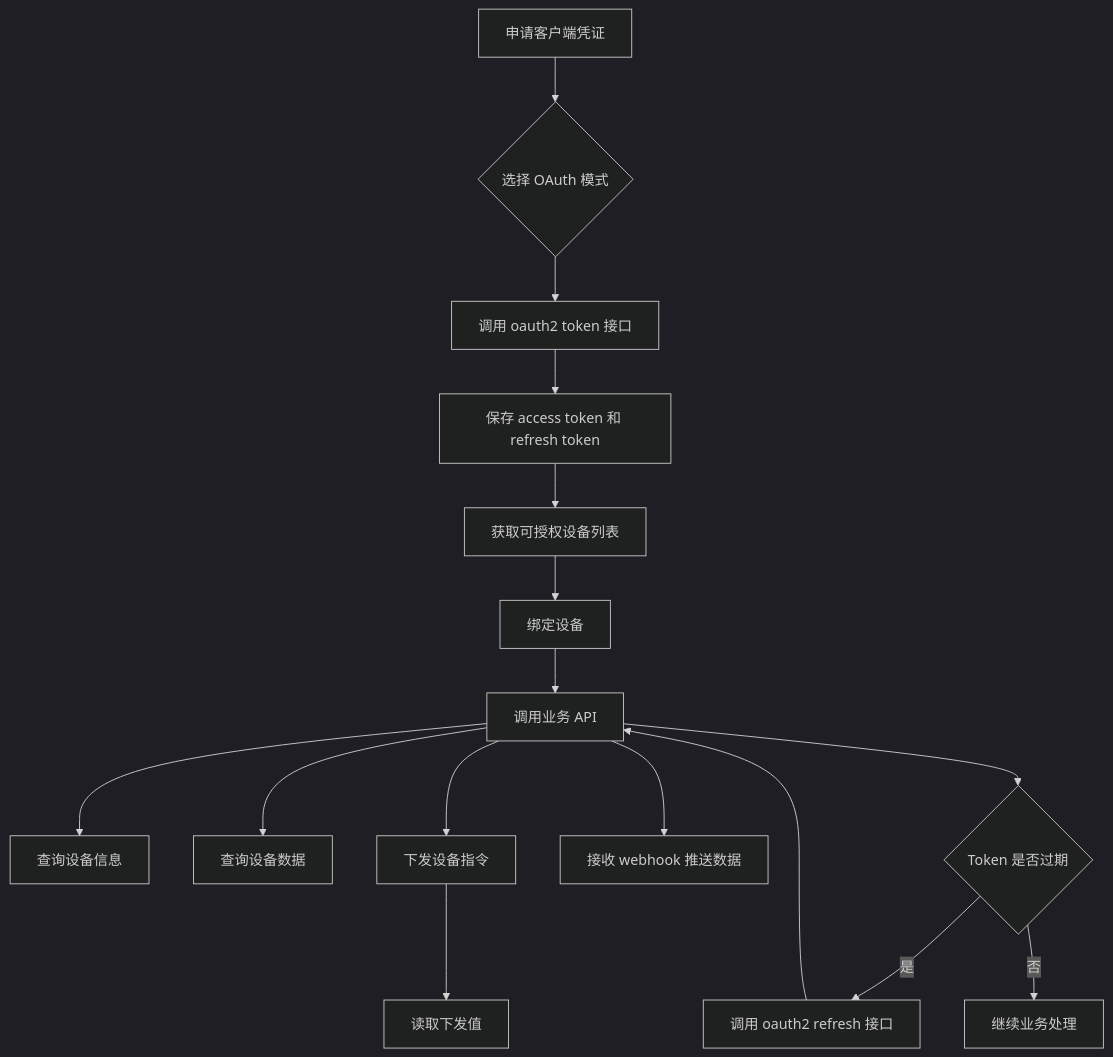
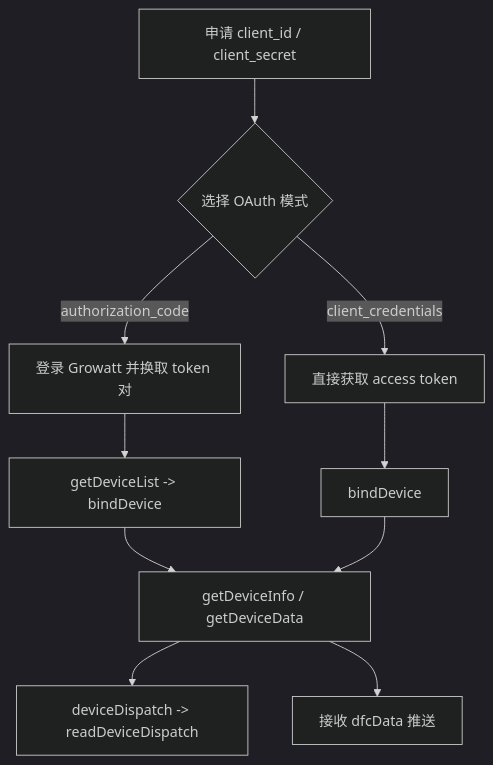
The diagram in Growatt API/Growatt Open API Professional Integration Guide.zh-CN.md (EugeneJian/growatt-unified-api), drawn with Mermaid (dark theme) before and after one commit. The commit also changed other lines of this file and 26 other files, not shown here.

````diff
--- a/Growatt API/Growatt Open API Professional Integration Guide.zh-CN.md
+++ b/Growatt API/Growatt Open API Professional Integration Guide.zh-CN.md
@@ -76,19 +50,13 @@
 ```mermaid
 %% 本代码严格遵循AI生成Mermaid代码的终极准则v4.1（Mermaid终极大师）
 flowchart TD
-    A["申请客户端凭证"] --> B{"选择 OAuth 模式"}
-    B --> C["调用 oauth2 token 接口"]
-    C --> D["保存 access token 和 refresh token"]
-    D --> E["获取可授权设备列表"]
-    E --> F["绑定设备"]
-    F --> G["调用业务 API"]
-    G --> H["查询设备信息"]
-    G --> I["查询设备数据"]
-    G --> J["下发设备指令"]
-    J --> K["读取下发值"]
-    G --> L["接收 webhook 推送数据"]
-    G --> M{"Token 是否过期"}
-    M -->|"是"| N["调用 oauth2 refresh 接口"]
-    N --> G
-    M -->|"否"| O["继续业务处理"]
+    A["申请 client_id / client_secret"] --> B{"选择 OAuth 模式"}
+    B -->|"authorization_code"| C["登录 Growatt 并换取 token 对"]
+    B -->|"client_credentials"| D["直接获取 access token"]
+    C --> E["getDeviceList -> bindDevice"]
+    D --> F["bindDevice"]
+    E --> G["getDeviceInfo / getDeviceData"]
+    F --> G
+    G --> H["deviceDispatch -> readDeviceDispatch"]
+    G --> I["接收 dfcData 推送"]
 ```
````
